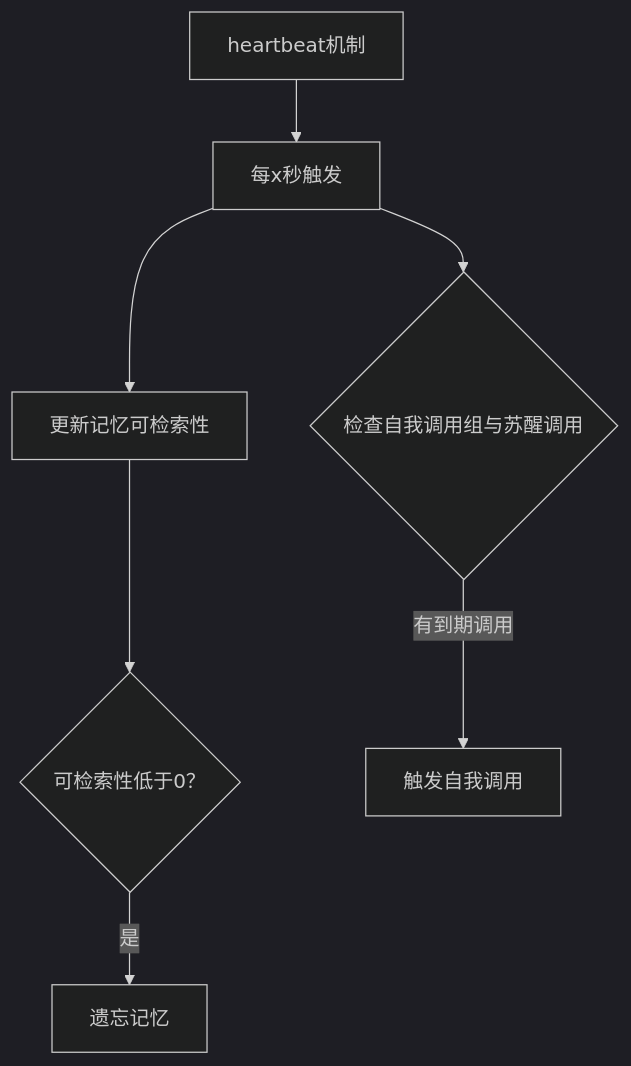
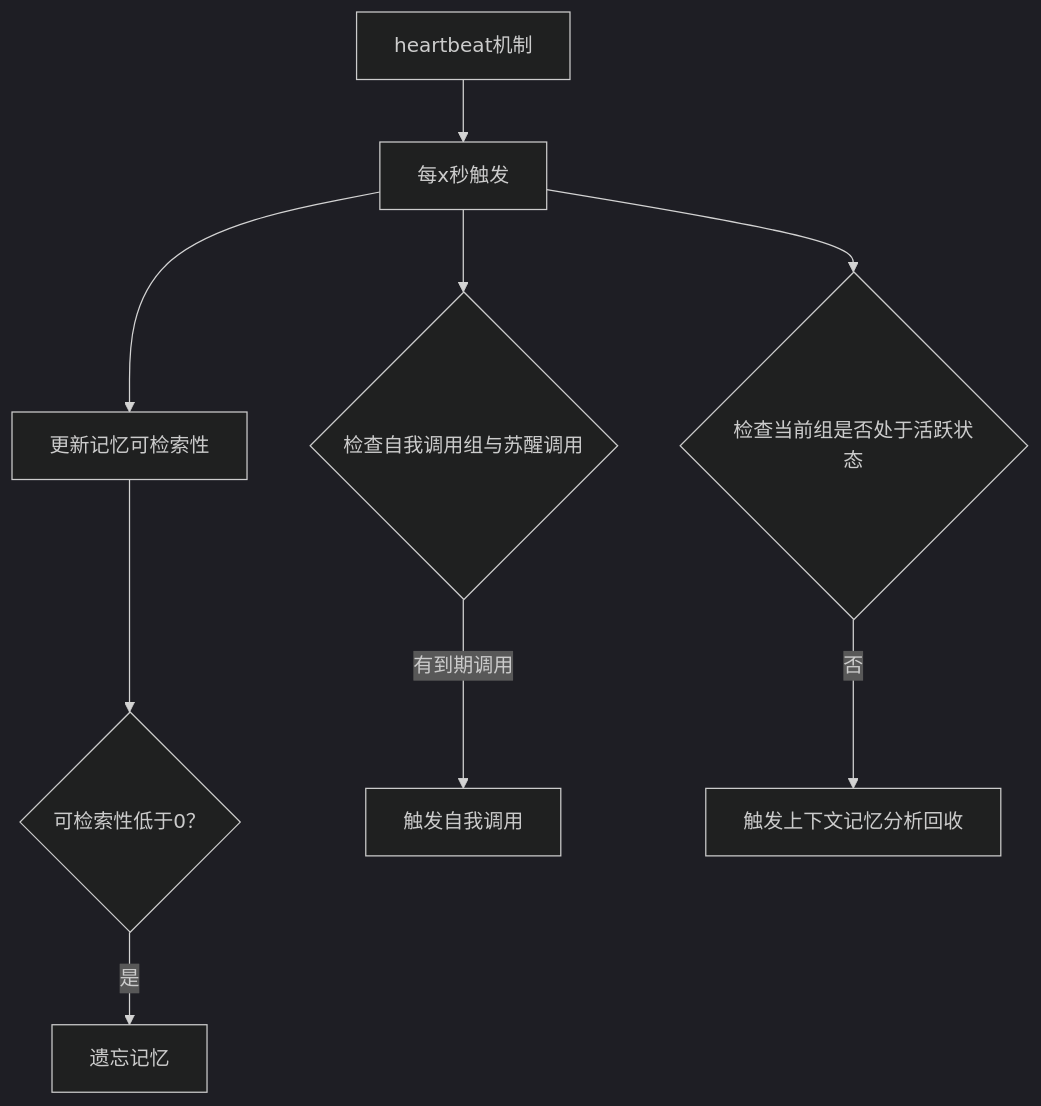
Before and after one commit to Bartzh/become-human: the fifth of 5 diagrams in README.md, drawn with Mermaid (dark theme). The commit also changed other lines of this file and 9 other files, not shown here.

````diff
--- a/README.md
+++ b/README.md
@@ -96,9 +111,11 @@
 ```mermaid
 flowchart TD
     AQ[heartbeat机制] --> O1[每x秒触发]
     O1 --> P1[更新记忆可检索性]
     P1 --> Q1{可检索性低于0？}
     Q1 -->|是| R1[遗忘记忆]
     O1 --> CheckSelfInvoke{检查自我调用组与苏醒调用}
     CheckSelfInvoke -->|有到期调用| TriggerSelfInvoke[触发自我调用]
+    O1 --> CheckActive{检查当前组是否处于活跃状态}
+    CheckActive -->|否| TriggerRecycle[触发上下文记忆分析回收]
 ```
````
